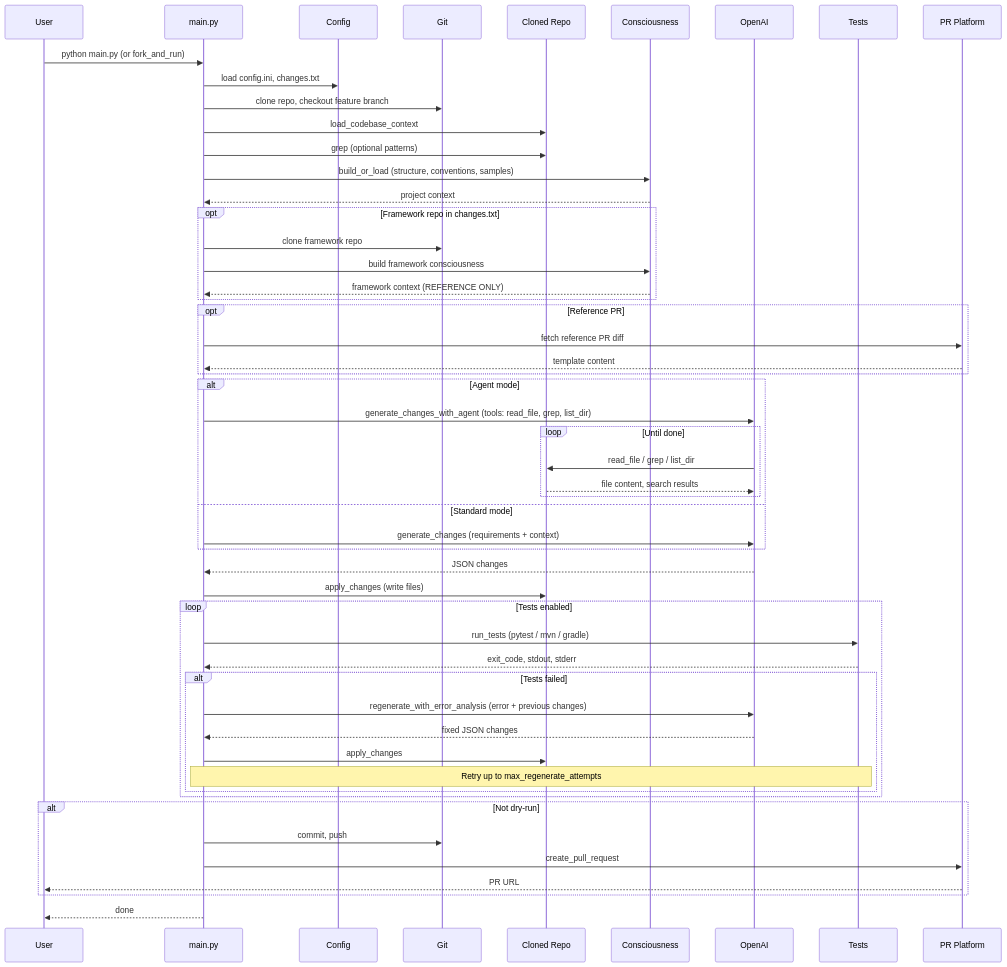
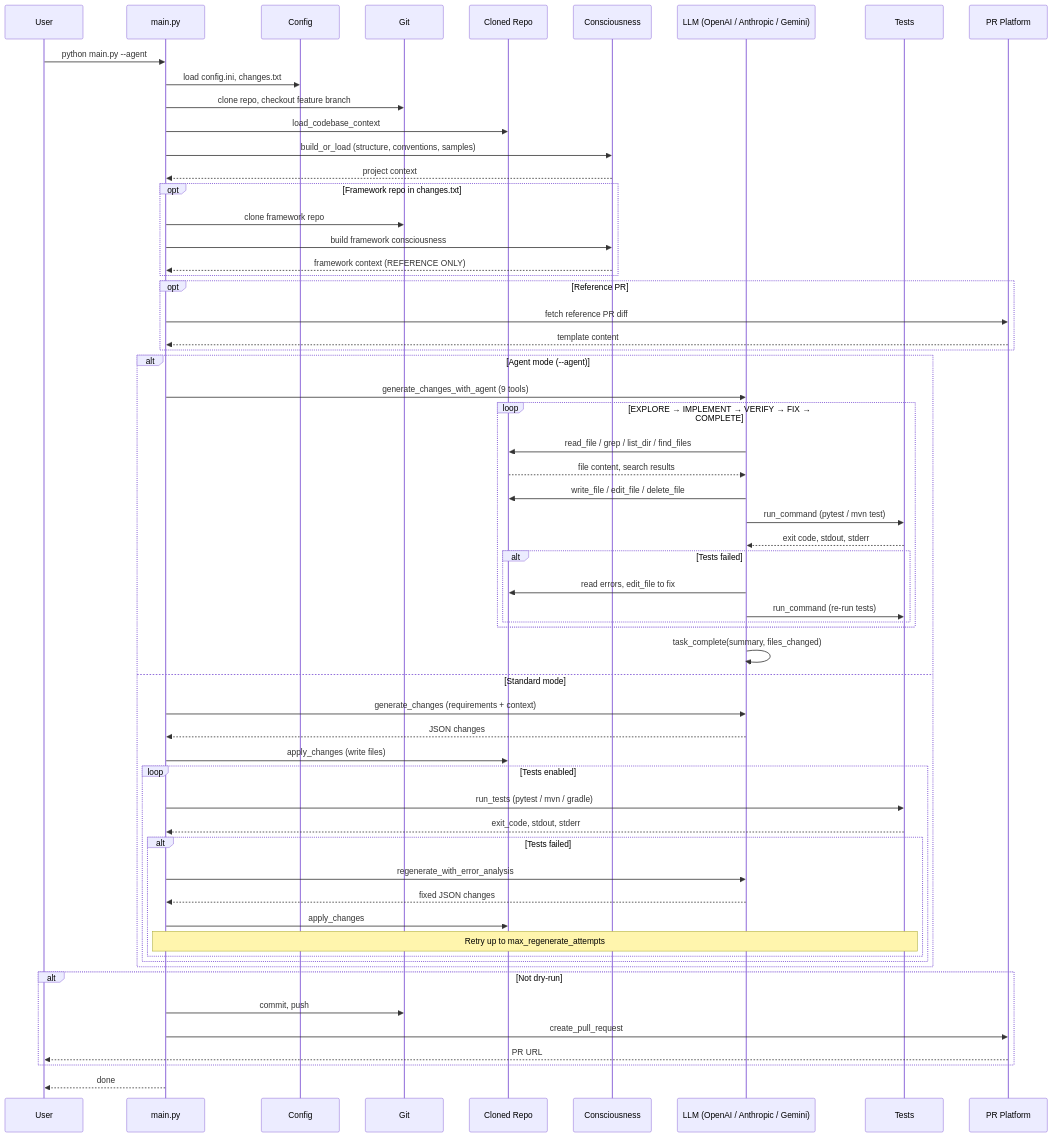
Before and after one commit to krishnachaitanyap/code-autonomy: the diagram in README.md, drawn with Mermaid. The commit also changed other lines of this file and 31 other files, not shown here.

````diff
--- a/README.md
+++ b/README.md
@@ -16,56 +16,63 @@
 ```mermaid
 sequenceDiagram
     participant User
     participant Main as main.py
     participant Config
     participant Git
     participant Repo as Cloned Repo
     participant Consciousness
-    participant AI as OpenAI
+    participant AI as LLM (OpenAI / Anthropic / Gemini)
     participant Tests
     participant PR as PR Platform
 
-    User->>Main: python main.py (or fork_and_run)
+    User->>Main: python main.py --agent
     Main->>Config: load config.ini, changes.txt
     Main->>Git: clone repo, checkout feature branch
     Main->>Repo: load_codebase_context
-    Main->>Repo: grep (optional patterns)
     Main->>Consciousness: build_or_load (structure, conventions, samples)
     Consciousness-->>Main: project context
     opt Framework repo in changes.txt
         Main->>Git: clone framework repo
         Main->>Consciousness: build framework consciousness
         Consciousness-->>Main: framework context (REFERENCE ONLY)
     end
     opt Reference PR
         Main->>PR: fetch reference PR diff
         PR-->>Main: template content
     end
-    alt Agent mode
-        Main->>AI: generate_changes_with_agent (tools: read_file, grep, list_dir)
-        loop Until done
-            AI->>Repo: read_file / grep / list_dir
+    alt Agent mode (--agent)
+        Main->>AI: generate_changes_with_agent (9 tools)
+        loop EXPLORE → IMPLEMENT → VERIFY → FIX → COMPLETE
+            AI->>Repo: read_file / grep / list_dir / find_files
             Repo-->>AI: file content, search results
+            AI->>Repo: write_file / edit_file / delete_file
+            AI->>Tests: run_command (pytest / mvn test)
+            Tests-->>AI: exit code, stdout, stderr
+            alt Tests failed
+                AI->>Repo: read errors, edit_file to fix
+                AI->>Tests: run_command (re-run tests)
+            end
         end
+        AI->>AI: task_complete(summary, files_changed)
     else Standard mode
         Main->>AI: generate_changes (requirements + context)
-    end
-    AI-->>Main: JSON changes
-    Main->>Repo: apply_changes (write files)
-    loop Tests enabled
-        Main->>Tests: run_tests (pytest / mvn / gradle)
-        Tests-->>Main: exit_code, stdout, stderr
-        alt Tests failed
-            Main->>AI: regenerate_with_error_analysis (error + previous changes)
-            AI-->>Main: fixed JSON changes
-            Main->>Repo: apply_changes
-            Note over Main,Tests: Retry up to max_regenerate_attempts
+        AI-->>Main: JSON changes
+        Main->>Repo: apply_changes (write files)
+        loop Tests enabled
+            Main->>Tests: run_tests (pytest / mvn / gradle)
+            Tests-->>Main: exit_code, stdout, stderr
+            alt Tests failed
+                Main->>AI: regenerate_with_error_analysis
+                AI-->>Main: fixed JSON changes
+                Main->>Repo: apply_changes
+                Note over Main,Tests: Retry up to max_regenerate_attempts
+            end
         end
     end
     alt Not dry-run
         Main->>Git: commit, push
         Main->>PR: create_pull_request
         PR-->>User: PR URL
     end
     Main-->>User: done
 ```
````
